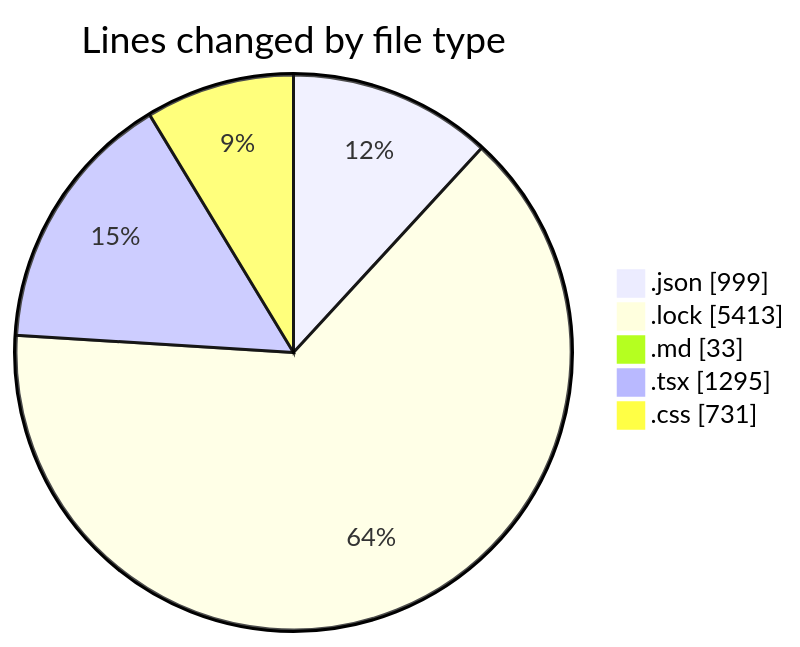
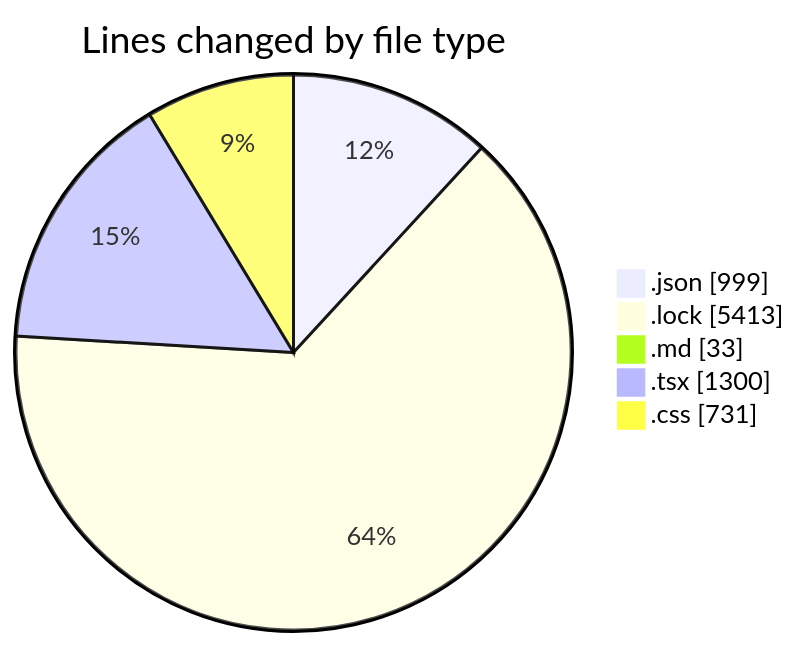
One commit to EIIisD/code-tracking changed the first of 2 diagrams in 2025-08-11/ribbon/README.md. Above: the diagram before and after it, drawn with Mermaid. The commit also changed other lines of this file and 1 other file, not shown here.

````diff
--- a/2025-08-11/ribbon/README.md
+++ b/2025-08-11/ribbon/README.md
@@ -40,9 +40,9 @@
 ```mermaid
 pie showData
 title Lines changed by file type
 ".json" : 999
 ".lock" : 5413
 ".md" : 33
-".tsx" : 1295
+".tsx" : 1300
 ".css" : 731
 ```
````
